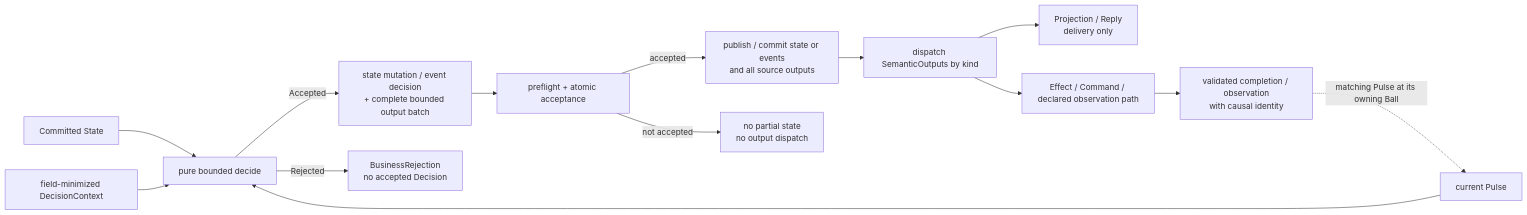
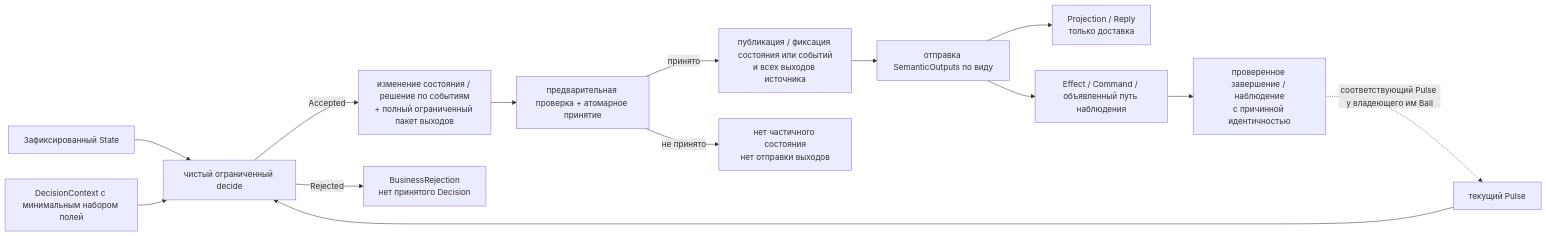
One commit to 4wl2d/Pokeball changed the second of 2 diagrams in docs/ru/ARCHITECTURE.md. Above: the diagram before and after it, drawn with Mermaid. The commit also changed other lines of this file and 56 other files, not shown here.

````diff
--- a/docs/ru/ARCHITECTURE.md
+++ b/docs/ru/ARCHITECTURE.md
@@ -90,16 +90,16 @@
 ```mermaid
 flowchart LR
-    S["Committed State"] --> D["pure bounded decide"]
-    P["current Pulse"] --> D
-    C["field-minimized DecisionContext"] --> D
-    D -->|"Accepted"| F["state mutation / event decision<br/>+ complete bounded output batch"]
-    D -->|"Rejected"| B["BusinessRejection<br/>no accepted Decision"]
-    F --> G["preflight + atomic acceptance"]
-    G -->|"accepted"| K["publish / commit state or events<br/>and all source outputs"]
-    G -->|"not accepted"| Z["no partial state<br/>no output dispatch"]
-    K --> O["dispatch SemanticOutputs by kind"]
-    O --> L["Projection / Reply<br/>delivery only"]
-    O --> W["Effect / Command / declared observation path"]
-    W --> V["validated completion / observation<br/>with causal identity"]
-    V -. "matching Pulse at its owning Ball" .-> P
+    S["Зафиксированный State"] --> D["чистый ограниченный decide"]
+    P["текущий Pulse"] --> D
+    C["DecisionContext с минимальным набором полей"] --> D
+    D -->|"Accepted"| F["изменение состояния / решение по событиям<br/>+ полный ограниченный пакет выходов"]
+    D -->|"Rejected"| B["BusinessRejection<br/>нет принятого Decision"]
+    F --> G["предварительная проверка + атомарное принятие"]
+    G -->|"принято"| K["публикация / фиксация состояния или событий<br/>и всех выходов источника"]
+    G -->|"не принято"| Z["нет частичного состояния<br/>нет отправки выходов"]
+    K --> O["отправка SemanticOutputs по виду"]
+    O --> L["Projection / Reply<br/>только доставка"]
+    O --> W["Effect / Command / объявленный путь наблюдения"]
+    W --> V["проверенное завершение / наблюдение<br/>с причинной идентичностью"]
+    V -. "соответствующий Pulse у владеющего им Ball" .-> P
 ```
````
